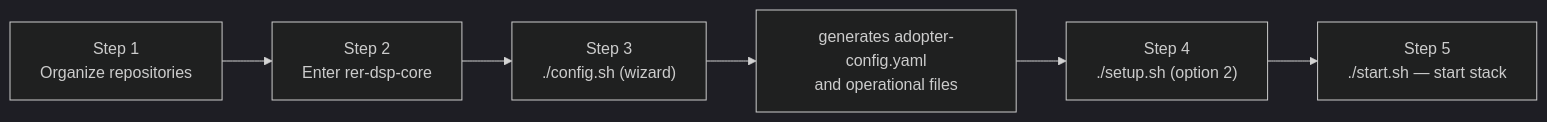
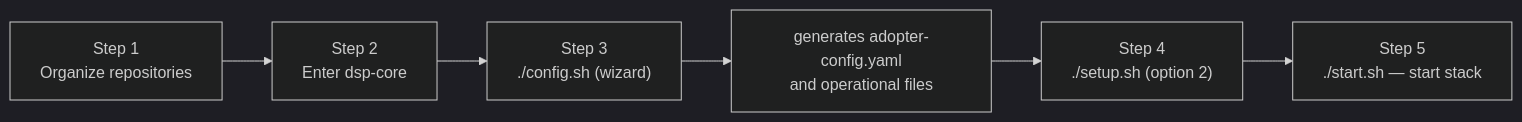
Before and after one commit to Rural-Environmental-Registry/dsp-docs: the diagram in docs/en/guides/full-installation.md, drawn with Mermaid (dark theme). The commit also changed other lines of this file and 31 other files, not shown here.

First line of the commit message:
docs: rename rer-dsp-* references to dsp-* after repo rename

````diff
--- a/docs/en/guides/full-installation.md
+++ b/docs/en/guides/full-installation.md
@@ -20,8 +20,8 @@
 ```mermaid
 flowchart LR
-  r["Step 1<br/>Organize repositories"] --> e["Step 2<br/>Enter rer-dsp-core"]
+  r["Step 1<br/>Organize repositories"] --> e["Step 2<br/>Enter dsp-core"]
   e --> a["Step 3<br/>./config.sh (wizard)"]
   a --> b["generates adopter-config.yaml<br/>and operational files"]
   b --> c["Step 4<br/>./setup.sh (option 2)"]
   c --> d["Step 5<br/>./start.sh — start stack"]
 ```
````
